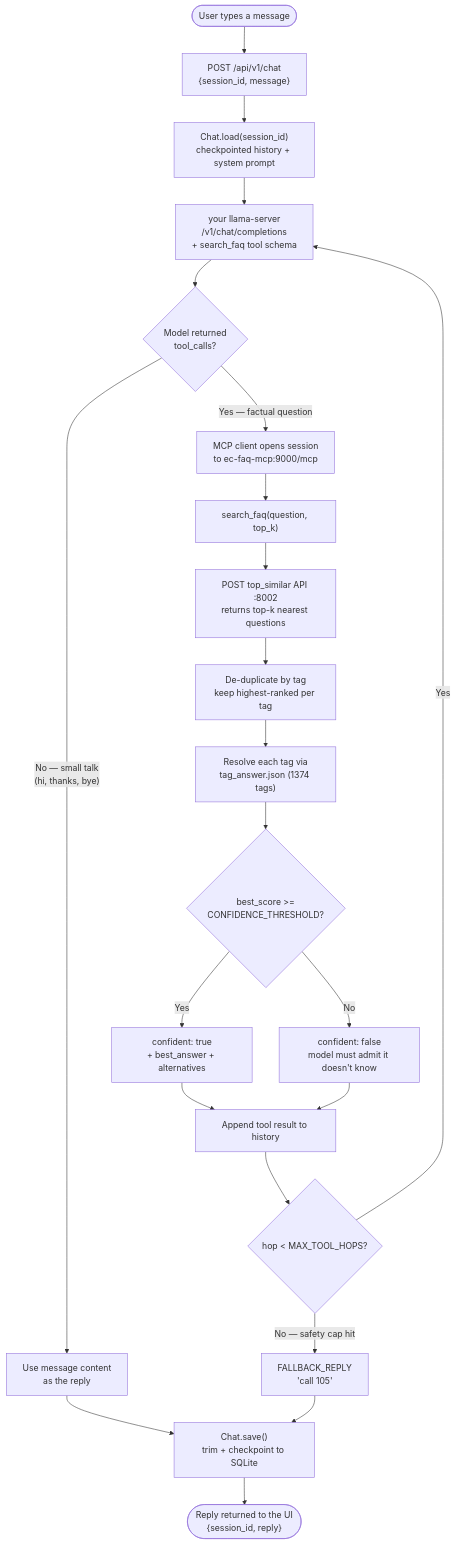
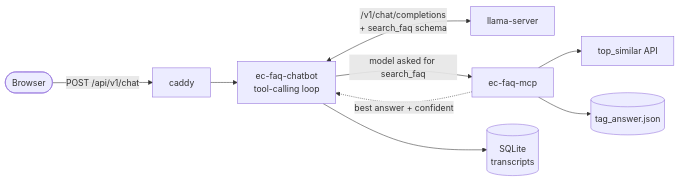
One commit to sayed-shaun/ec-conversational-chatbot changed the diagram in README.md. Above: the diagram before and after it, drawn with Mermaid. The commit also changed other lines of this file and 1 other file, not shown here.

First line of the commit message:
Rename to ec-conversational-chatbot and rewrite the README

````diff
--- a/README.md
+++ b/README.md
@@ -62,30 +57,11 @@
 ```mermaid
-flowchart TD
-    U([User types a message]) --> POST["POST /api/v1/chat<br/>{session_id, message}"]
-    POST --> HIST["Chat.load(session_id)<br/>checkpointed history + system prompt"]
-    HIST --> LLM["your llama-server<br/>/v1/chat/completions<br/>+ search_faq tool schema"]
-
-    LLM --> Q{"Model returned<br/>tool_calls?"}
-
-    Q -->|"No — small talk<br/>(hi, thanks, bye)"| DIRECT["Use message content<br/>as the reply"]
-
-    Q -->|"Yes — factual question"| MCP["MCP client opens session<br/>to ec-faq-mcp:9000/mcp"]
-    MCP --> TOOL["search_faq(question, top_k)"]
-    TOOL --> SIM["POST top_similar API :8002<br/>returns top-k nearest questions"]
-    SIM --> DEDUP["De-duplicate by tag<br/>keep highest-ranked per tag"]
-    DEDUP --> RESOLVE["Resolve each tag via<br/>tag_answer.json (1374 tags)"]
-    RESOLVE --> CONF{"best_score >=<br/>CONFIDENCE_THRESHOLD?"}
-
-    CONF -->|Yes| PAYLOAD["confident: true<br/>+ best_answer + alternatives"]
-    CONF -->|No| PAYLOAD2["confident: false<br/>model must admit it doesn't know"]
-
-    PAYLOAD --> FEED
-    PAYLOAD2 --> FEED["Append tool result to history"]
-    FEED --> HOPS{"hop < MAX_TOOL_HOPS?"}
-    HOPS -->|Yes| LLM
-    HOPS -->|"No — safety cap hit"| FB["FALLBACK_REPLY<br/>'call 105'"]
-
-    DIRECT --> SAVE
-    FB --> SAVE["Chat.save()<br/>trim + checkpoint to SQLite"]
-    SAVE --> RESP(["Reply returned to the UI<br/>{session_id, reply}"])
+flowchart LR
+    B([Browser]) -->|"POST /api/v1/chat"| CADDY["caddy"]
+    CADDY --> BOT["ec-faq-chatbot<br/>tool-calling loop"]
+    BOT <-->|"/v1/chat/completions<br/>+ search_faq schema"| LLM["llama-server"]
+    BOT -->|"model asked for search_faq"| MCP["ec-faq-mcp"]
+    MCP --> SIM["top_similar API"]
+    MCP --> TAG[("tag_answer.json")]
+    MCP -.->|"best answer + confident"| BOT
+    BOT --> DB[("SQLite<br/>transcripts")]
 ```
````
